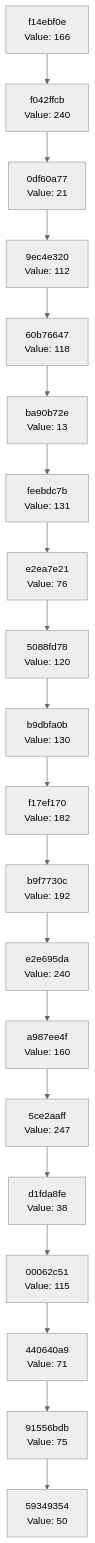
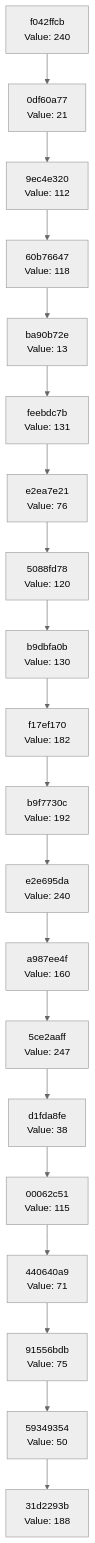
One commit to Abhisheksinha1506/hash-chain-evolver changed the diagram in docs/CHAIN_VISUALIZATION.md. Above: the diagram before and after it, drawn with Mermaid (neutral theme). The commit also changed 3 other files, not shown here.

````diff
--- a/docs/CHAIN_VISUALIZATION.md
+++ b/docs/CHAIN_VISUALIZATION.md
@@ -3,42 +3,42 @@
 ```mermaid
 graph TD
-    C0["59349354<br/>Value: 50"]
-    C1["91556bdb<br/>Value: 75"]
+    C0["31d2293b<br/>Value: 188"]
+    C1["59349354<br/>Value: 50"]
     C1 --> C0
-    C2["440640a9<br/>Value: 71"]
+    C2["91556bdb<br/>Value: 75"]
     C2 --> C1
-    C3["00062c51<br/>Value: 115"]
+    C3["440640a9<br/>Value: 71"]
     C3 --> C2
-    C4["d1fda8fe<br/>Value: 38"]
+    C4["00062c51<br/>Value: 115"]
     C4 --> C3
-    C5["5ce2aaff<br/>Value: 247"]
+    C5["d1fda8fe<br/>Value: 38"]
     C5 --> C4
-    C6["a987ee4f<br/>Value: 160"]
+    C6["5ce2aaff<br/>Value: 247"]
     C6 --> C5
-    C7["e2e695da<br/>Value: 240"]
+    C7["a987ee4f<br/>Value: 160"]
     C7 --> C6
-    C8["b9f7730c<br/>Value: 192"]
+    C8["e2e695da<br/>Value: 240"]
     C8 --> C7
-    C9["f17ef170<br/>Value: 182"]
+    C9["b9f7730c<br/>Value: 192"]
     C9 --> C8
-    C10["b9dbfa0b<br/>Value: 130"]
+    C10["f17ef170<br/>Value: 182"]
     C10 --> C9
-    C11["5088fd78<br/>Value: 120"]
+    C11["b9dbfa0b<br/>Value: 130"]
     C11 --> C10
-    C12["e2ea7e21<br/>Value: 76"]
+    C12["5088fd78<br/>Value: 120"]
     C12 --> C11
-    C13["feebdc7b<br/>Value: 131"]
+    C13["e2ea7e21<br/>Value: 76"]
     C13 --> C12
-    C14["ba90b72e<br/>Value: 13"]
+    C14["feebdc7b<br/>Value: 131"]
     C14 --> C13
-    C15["60b76647<br/>Value: 118"]
+    C15["ba90b72e<br/>Value: 13"]
     C15 --> C14
-    C16["9ec4e320<br/>Value: 112"]
+    C16["60b76647<br/>Value: 118"]
     C16 --> C15
-    C17["0df60a77<br/>Value: 21"]
+    C17["9ec4e320<br/>Value: 112"]
     C17 --> C16
-    C18["f042ffcb<br/>Value: 240"]
+    C18["0df60a77<br/>Value: 21"]
     C18 --> C17
-    C19["f14ebf0e<br/>Value: 166"]
+    C19["f042ffcb<br/>Value: 240"]
     C19 --> C18
 ```
````
